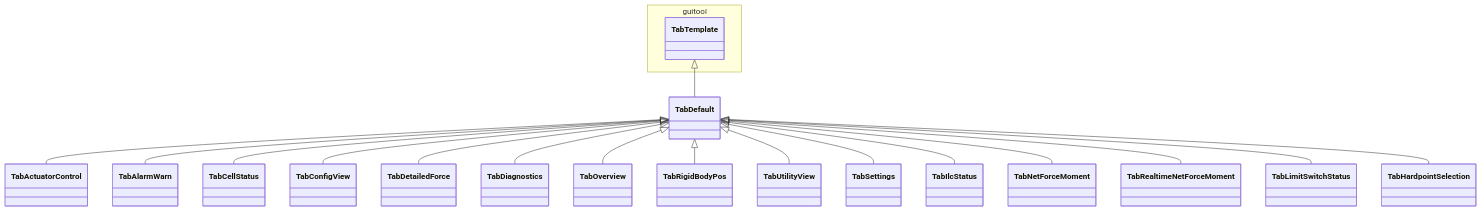
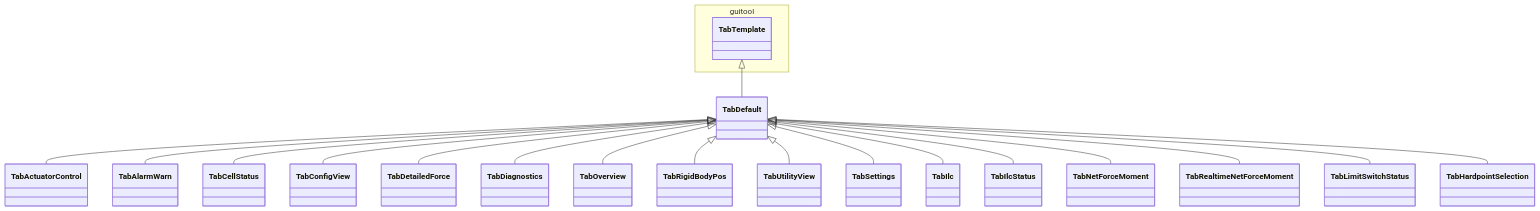
The diagram in doc/uml/class_controltab.mmd (lsst-ts/ts_m2gui), drawn with Mermaid before and after one commit. The commit also changed 2 other files, not shown here.

Commit message:
Update the class diagram.

```diff
--- a/doc/uml/class_controltab.mmd
+++ b/doc/uml/class_controltab.mmd
@@ -1,22 +1,23 @@
 classDiagram
 namespace guitool {
   class TabTemplate
 }
 
 TabTemplate <|-- TabDefault
 
 TabDefault <|-- TabActuatorControl
 TabDefault <|-- TabAlarmWarn
 TabDefault <|-- TabCellStatus
 TabDefault <|-- TabConfigView
 TabDefault <|-- TabDetailedForce
 TabDefault <|-- TabDiagnostics
 TabDefault <|-- TabOverview
 TabDefault <|-- TabRigidBodyPos
 TabDefault <|-- TabUtilityView
 TabDefault <|-- TabSettings
+TabDefault <|-- TabIlc
 TabDefault <|-- TabIlcStatus
 TabDefault <|-- TabNetForceMoment
 TabDefault <|-- TabRealtimeNetForceMoment
 TabDefault <|-- TabLimitSwitchStatus
 TabDefault <|-- TabHardpointSelection
```
